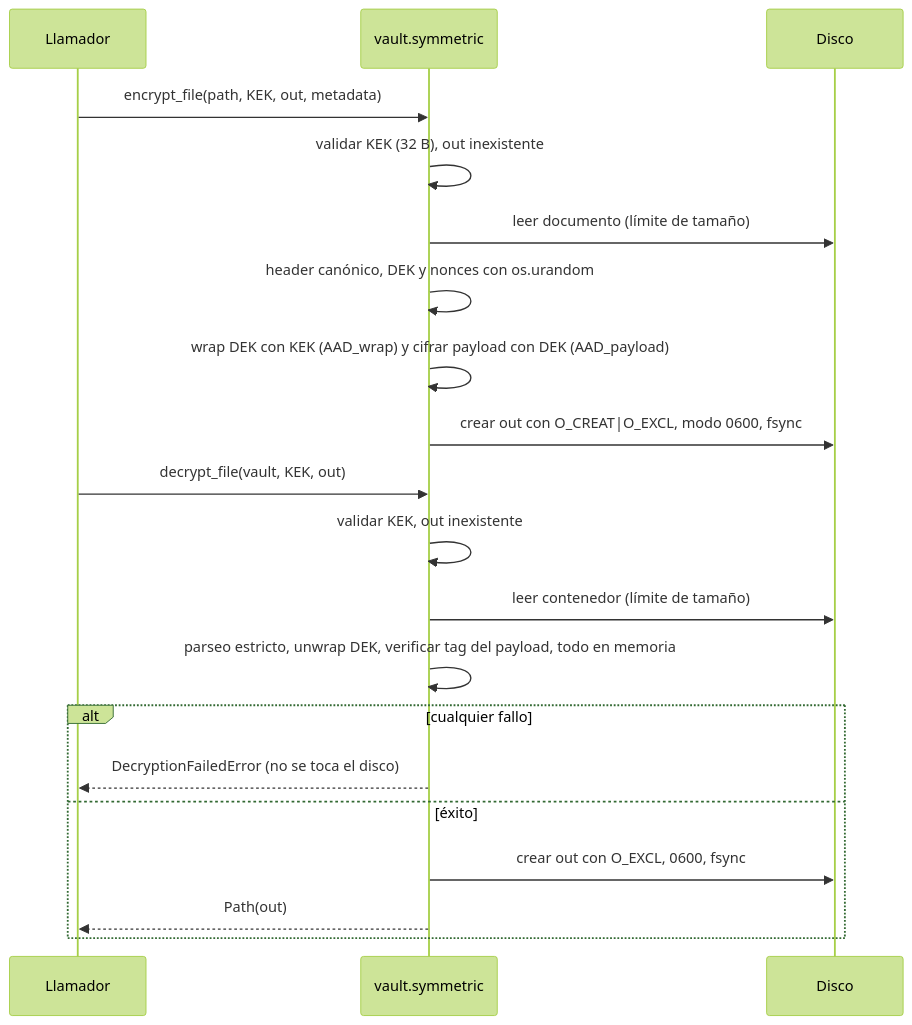
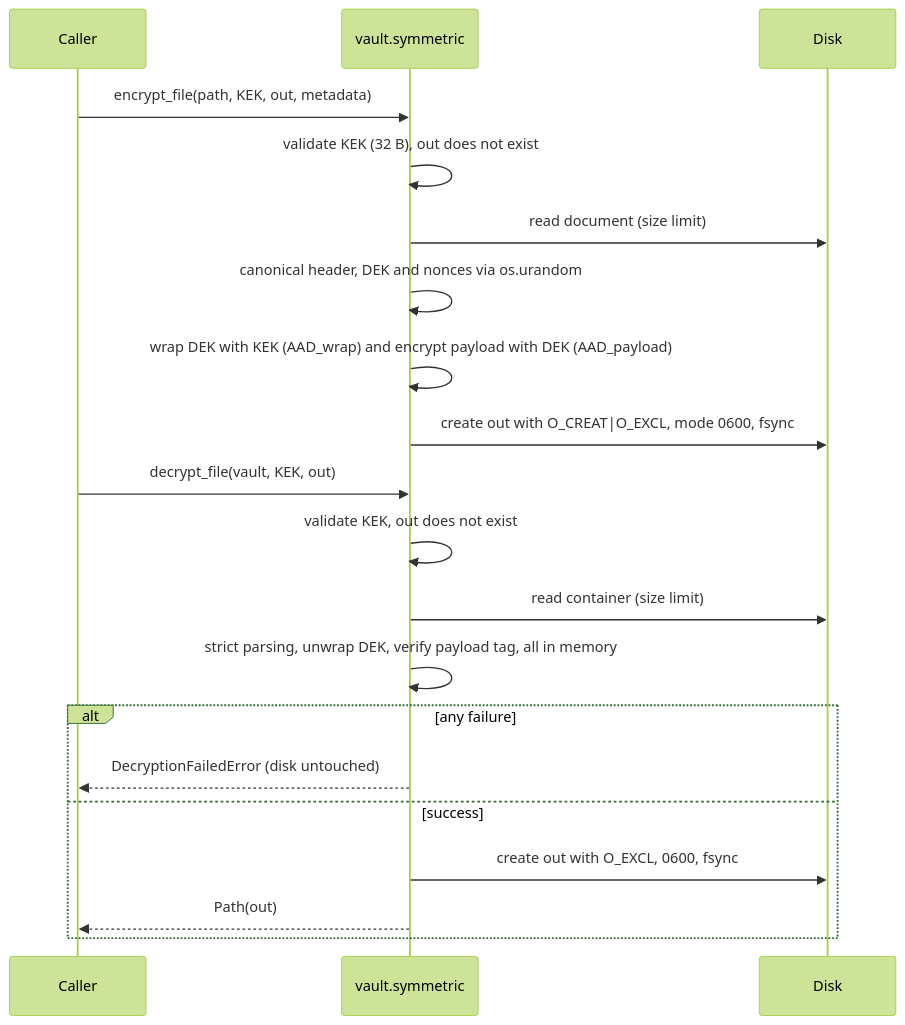
The second of 3 diagrams in D2-Symmetric-Encryption/docs/design_d2.md (YCH14/Cryptography), drawn with Mermaid (forest theme) before and after one commit. The commit also changed other lines of this file, not shown here.

````diff
--- a/D2-Symmetric-Encryption/docs/design_d2.md
+++ b/D2-Symmetric-Encryption/docs/design_d2.md
@@ -136,22 +137,22 @@
 ```mermaid
 sequenceDiagram
-    participant U as Llamador
+    participant U as Caller
     participant S as vault.symmetric
-    participant D as Disco
+    participant D as Disk
     U->>S: encrypt_file(path, KEK, out, metadata)
-    S->>S: validar KEK (32 B), out inexistente
-    S->>D: leer documento (límite de tamaño)
-    S->>S: header canónico, DEK y nonces con os.urandom
-    S->>S: wrap DEK con KEK (AAD_wrap) y cifrar payload con DEK (AAD_payload)
-    S->>D: crear out con O_CREAT|O_EXCL, modo 0600, fsync
+    S->>S: validate KEK (32 B), out does not exist
+    S->>D: read document (size limit)
+    S->>S: canonical header, DEK and nonces via os.urandom
+    S->>S: wrap DEK with KEK (AAD_wrap) and encrypt payload with DEK (AAD_payload)
+    S->>D: create out with O_CREAT|O_EXCL, mode 0600, fsync
     U->>S: decrypt_file(vault, KEK, out)
-    S->>S: validar KEK, out inexistente
-    S->>D: leer contenedor (límite de tamaño)
-    S->>S: parseo estricto, unwrap DEK, verificar tag del payload, todo en memoria
-    alt cualquier fallo
-        S-->>U: DecryptionFailedError (no se toca el disco)
-    else éxito
-        S->>D: crear out con O_EXCL, 0600, fsync
+    S->>S: validate KEK, out does not exist
+    S->>D: read container (size limit)
+    S->>S: strict parsing, unwrap DEK, verify payload tag, all in memory
+    alt any failure
+        S-->>U: DecryptionFailedError (disk untouched)
+    else success
+        S->>D: create out with O_EXCL, 0600, fsync
         S-->>U: Path(out)
     end
 ```
````
